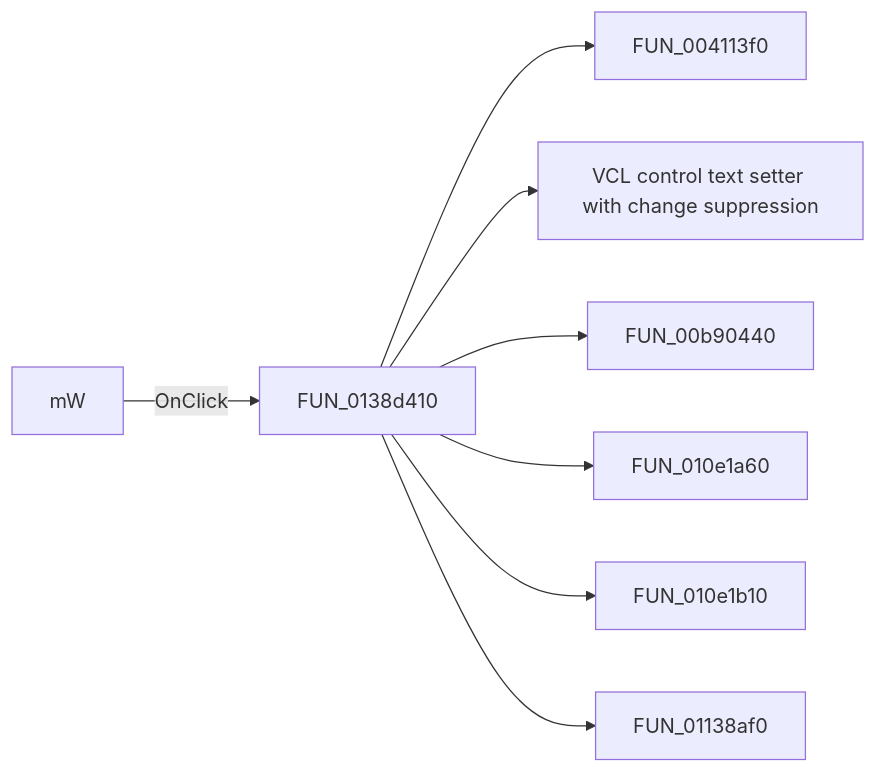
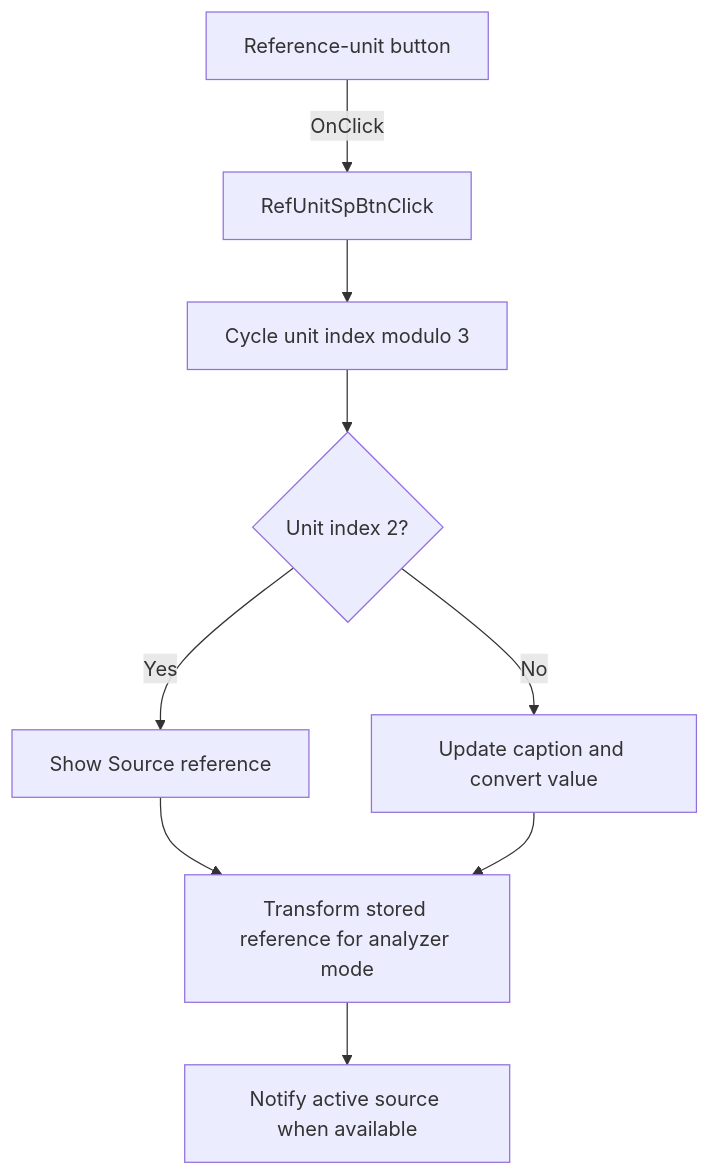
Before and after one commit to MovGP0/TIARA: the diagram in docs/ui-controls/signalanalyzerwin/refunitspbtn-52ae7663de.md, drawn with Mermaid. The commit also changed other lines of this file and 1062 other files, not shown here.

````diff
--- a/docs/ui-controls/signalanalyzerwin/refunitspbtn-52ae7663de.md
+++ b/docs/ui-controls/signalanalyzerwin/refunitspbtn-52ae7663de.md
@@ -27,10 +29,11 @@
 ```mermaid
-flowchart LR
-    control["mW"] -->|OnClick| handler["FUN_0138d410"]
-    handler --> call1["FUN_004113f0"]
-    handler --> call2["VCL control text setter with change suppression"]
-    handler --> call3["FUN_00b90440"]
-    handler --> call4["FUN_010e1a60"]
-    handler --> call5["FUN_010e1b10"]
-    handler --> call6["FUN_01138af0"]
+flowchart TD
+    control["Reference-unit button"] -->|OnClick| handler["RefUnitSpBtnClick"]
+    handler --> cycle["Cycle unit index modulo 3"]
+    cycle --> source{"Unit index 2?"}
+    source -->|Yes| sourceText["Show Source reference"]
+    source -->|No| convert["Update caption and convert value"]
+    sourceText --> model["Transform stored reference for analyzer mode"]
+    convert --> model
+    model --> notify["Notify active source when available"]
 ```
````
